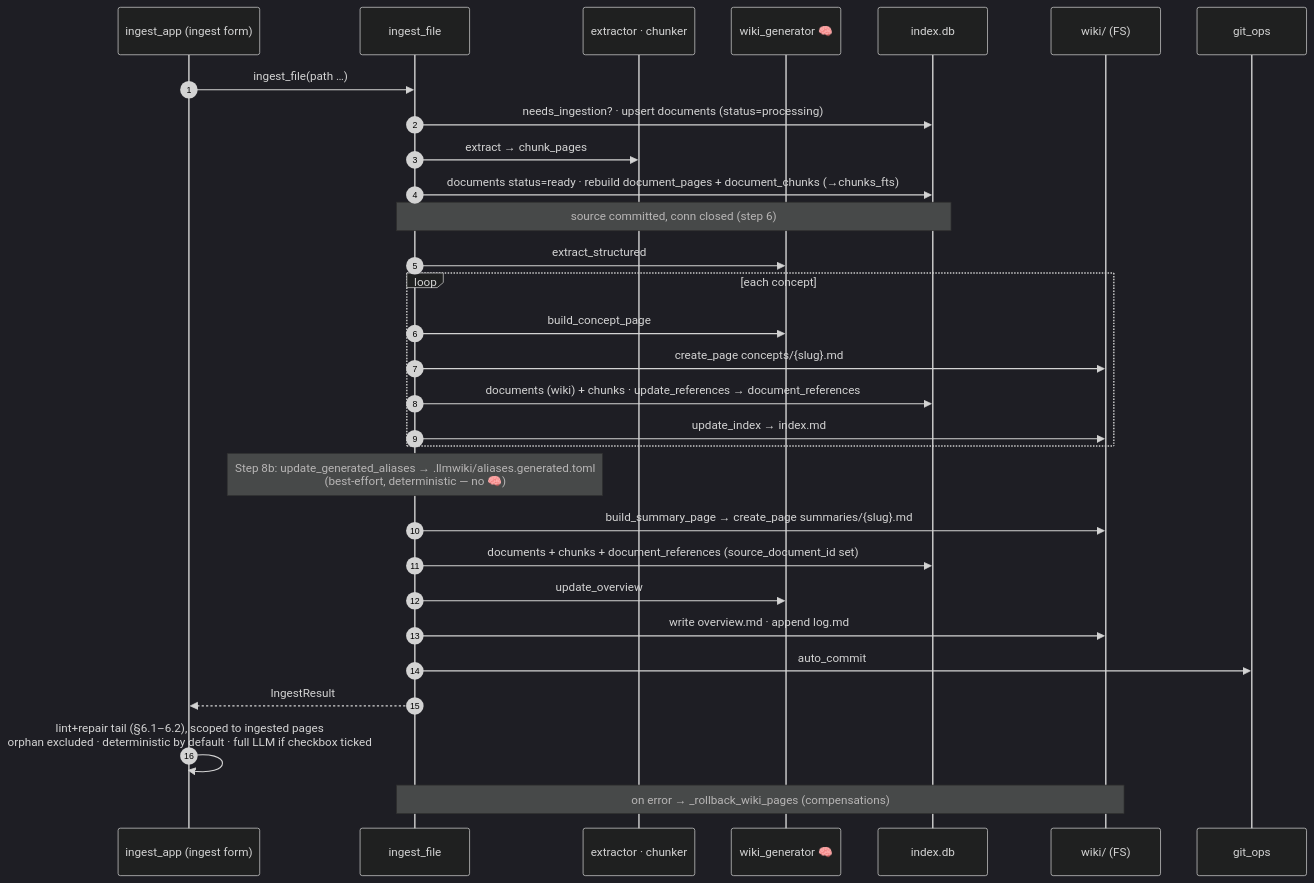
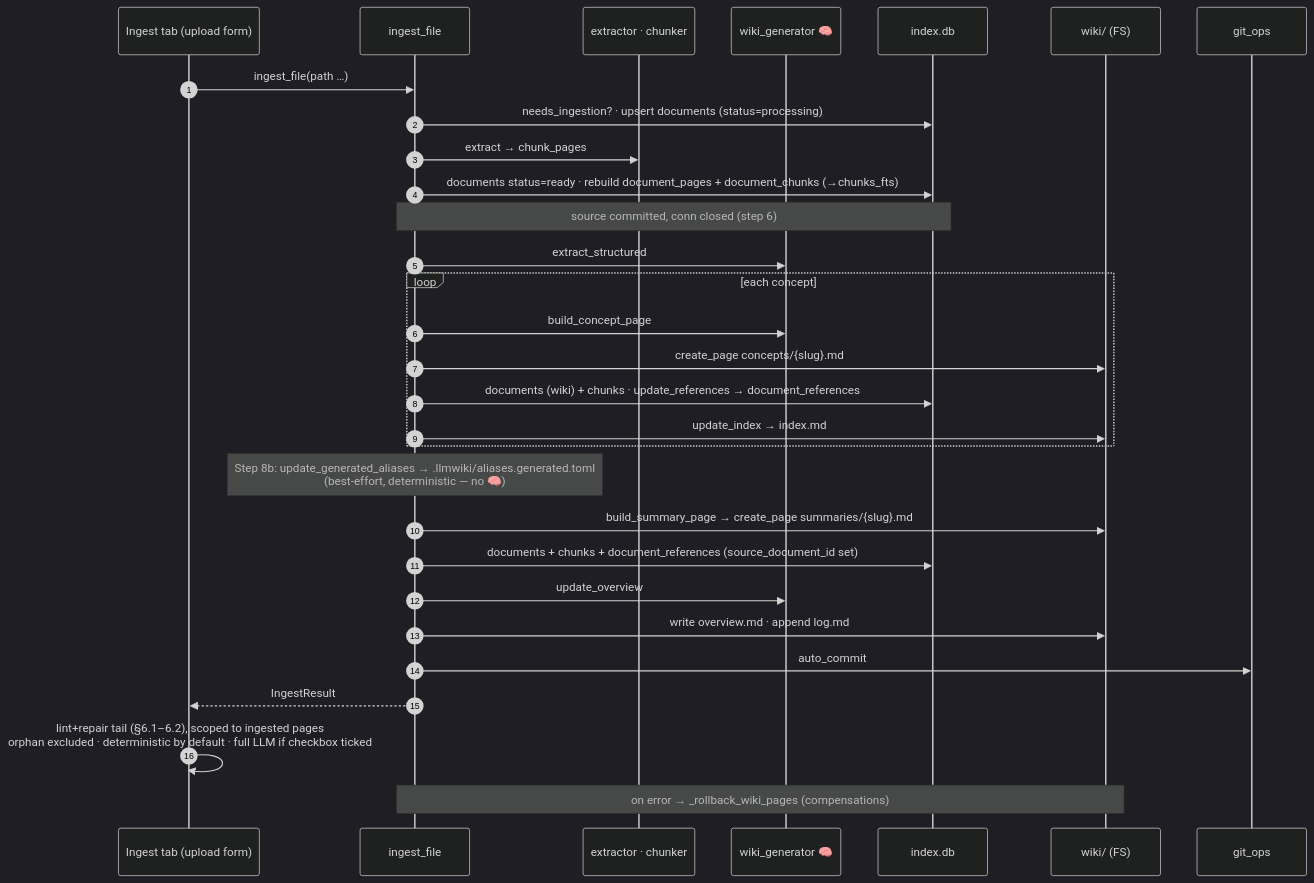
The diagram in docs/manual/workflows/6.3-single-document-ingestion.md (Clod/llmwiki-marimo), drawn with Mermaid (dark theme) before and after one commit. The commit also changed other lines of this file and 181 other files, not shown here.

````diff
--- a/docs/manual/workflows/6.3-single-document-ingestion.md
+++ b/docs/manual/workflows/6.3-single-document-ingestion.md
@@ -7,32 +7,32 @@
 ```mermaid
 sequenceDiagram
     autonumber
-    participant UI as ingest_app (ingest form)
+    participant UI as Ingest tab (upload form)
     participant P as ingest_file
     participant EX as extractor · chunker
     participant GEN as wiki_generator 🧠
     participant DB as index.db
     participant FS as wiki/ (FS)
     participant GIT as git_ops
     UI->>P: ingest_file(path …)
     P->>DB: needs_ingestion? · upsert documents (status=processing)
     P->>EX: extract → chunk_pages
     P->>DB: documents status=ready · rebuild document_pages + document_chunks (→chunks_fts)
     Note over P,DB: source committed, conn closed (step 6)
     P->>GEN: extract_structured
     loop each concept
         P->>GEN: build_concept_page
         P->>FS: create_page concepts/{slug}.md
         P->>DB: documents (wiki) + chunks · update_references → document_references
         P->>FS: update_index → index.md
     end
     Note over P: Step 8b: update_generated_aliases → .llmwiki/aliases.generated.toml<br/>(best-effort, deterministic — no 🧠)
     P->>FS: build_summary_page → create_page summaries/{slug}.md
     P->>DB: documents + chunks + document_references (source_document_id set)
     P->>GEN: update_overview
     P->>FS: write overview.md · append log.md
     P->>GIT: auto_commit
     P-->>UI: IngestResult
     UI->>UI: lint+repair tail (§6.1–6.2), scoped to ingested pages<br/>orphan excluded · deterministic by default · full LLM if checkbox ticked
     Note over P,FS: on error → _rollback_wiki_pages (compensations)
 ```
````
